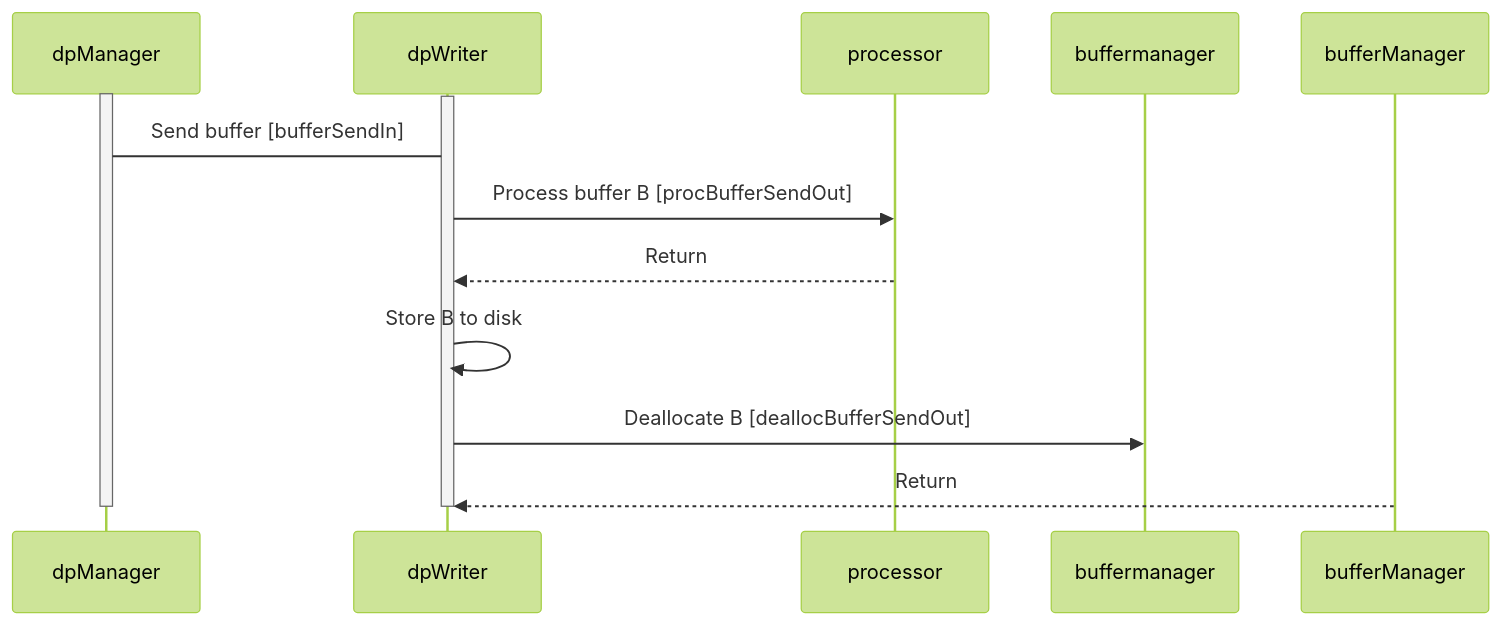
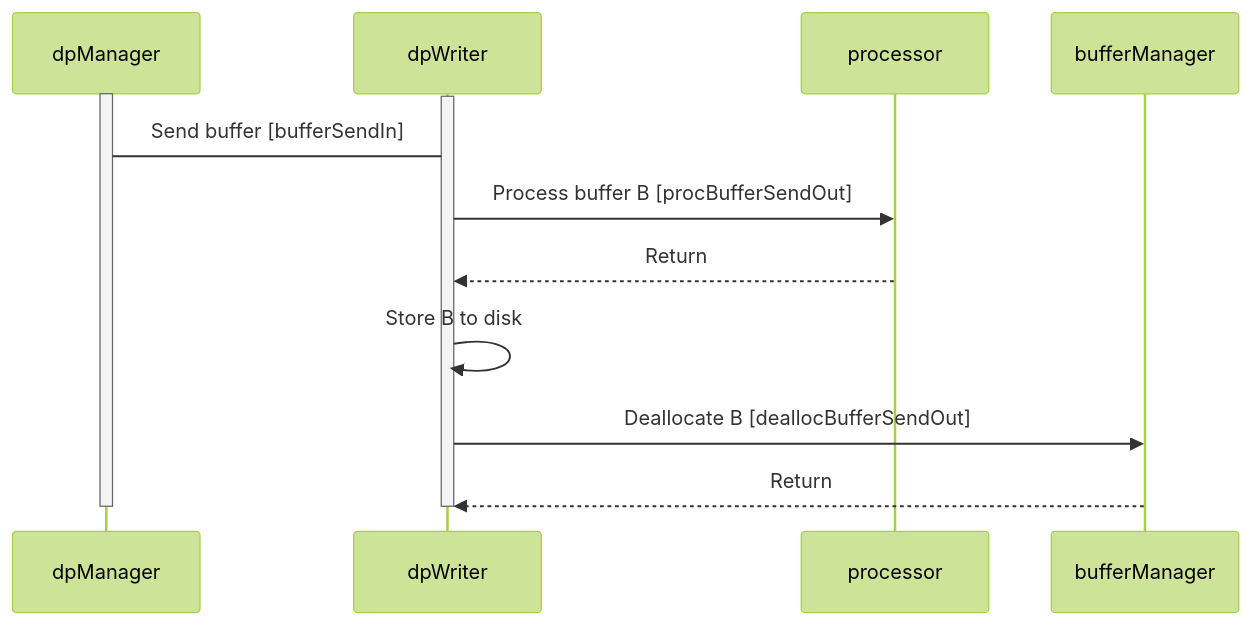
Before and after one commit to bocchino/fprime: the diagram in Svc/DpWriter/docs/sdd.md, drawn with Mermaid (forest theme).

Commit message:
Revise DpWriter SDD

````diff
--- a/Svc/DpWriter/docs/sdd.md
+++ b/Svc/DpWriter/docs/sdd.md
@@ -170,13 +170,13 @@
 ```mermaid
 sequenceDiagram
     activate dpManager
     activate dpWriter
     dpManager->dpWriter: Send buffer [bufferSendIn]
     dpWriter->>processor: Process buffer B [procBufferSendOut]
     processor-->>dpWriter: Return
     dpWriter->>dpWriter: Store B to disk
-    dpWriter->>buffermanager: Deallocate B [deallocBufferSendOut]
+    dpWriter->>bufferManager: Deallocate B [deallocBufferSendOut]
     bufferManager-->>dpWriter: Return
     deactivate dpWriter
     deactivate dpManager
 ```
````
